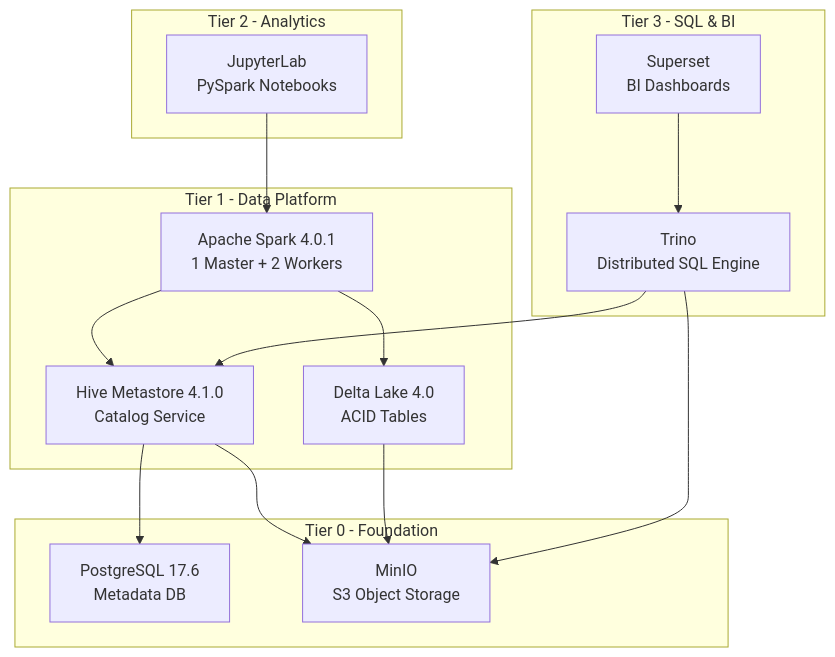
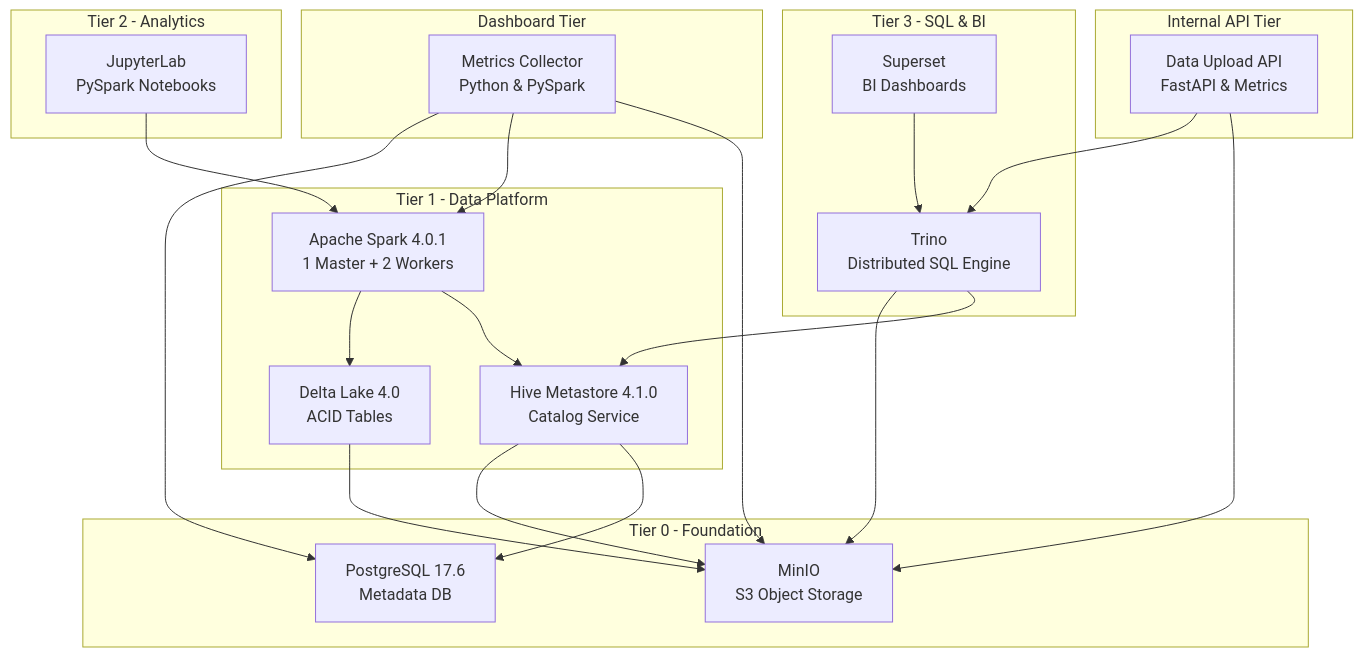
The diagram in README.md (P-Bao/FlumenData), drawn with Mermaid before and after one commit. The commit also changed other lines of this file and 29 other files, not shown here.

Commit message:
feat: Thêm Dashboard và API bao gồm trình thu thập số liệu, API tải dữ liệu, cấu hình Docker Compose mới và tài liệu.

````diff
--- a/README.md
+++ b/README.md
@@ -59,32 +59,45 @@
 ```mermaid
 graph TB
+    subgraph "Internal API Tier"
+        API[Data Upload API<br/>FastAPI & Metrics]
+    end
+
+    subgraph "Dashboard Tier"
+        COLLECTOR[Metrics Collector<br/>Python & PySpark]
+    end
+
     subgraph "Tier 3 - SQL & BI"
         TRINO[Trino<br/>Distributed SQL Engine]
         SUPERSET[Superset<br/>BI Dashboards]
     end
 
     subgraph "Tier 2 - Analytics"
         JUPYTER[JupyterLab<br/>PySpark Notebooks]
     end
 
     subgraph "Tier 1 - Data Platform"
         SPARK[Apache Spark 4.0.1<br/>1 Master + 2 Workers]
         HIVE[Hive Metastore 4.1.0<br/>Catalog Service]
         DELTA[Delta Lake 4.0<br/>ACID Tables]
     end
 
     subgraph "Tier 0 - Foundation"
         POSTGRES[PostgreSQL 17.6<br/>Metadata DB]
         MINIO[MinIO<br/>S3 Object Storage]
     end
 
+    API --> MINIO
+    API --> TRINO
+    COLLECTOR --> MINIO
+    COLLECTOR --> SPARK
+    COLLECTOR --> POSTGRES
     SUPERSET --> TRINO
     TRINO --> HIVE
     TRINO --> MINIO
     JUPYTER --> SPARK
     SPARK --> HIVE
     SPARK --> DELTA
     DELTA --> MINIO
     HIVE --> POSTGRES
     HIVE --> MINIO
 ```
````
